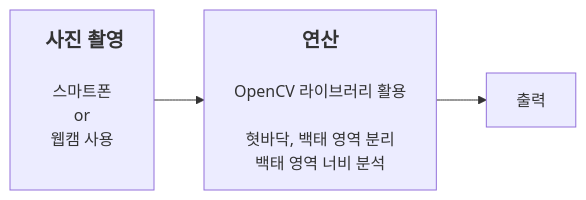
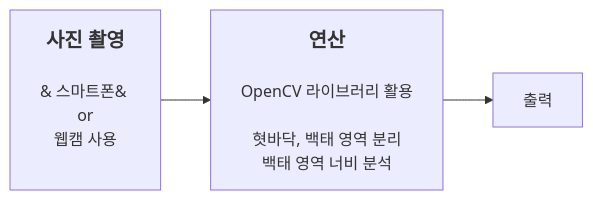
Before and after one commit to 201710808/-p: the diagram in Readme.md, drawn with Mermaid.

````diff
--- a/Readme.md
+++ b/Readme.md
@@ -3,5 +3,5 @@
 ```mermaid
 graph LR
-A[<b><span style='font-size:20px'>&#160;사진 촬영</span></b><br><br>스마트폰\nor\n웹캠 사용<br><br>]-->B[<b><span style='font-size:20px'>연산</span></b><br><br>OpenCV 라이브러리 활용<br><br>혓바닥, 백태 영역 분리<br>백태 영역 너비 분석]
+A[<b><span style='font-size:20px'>사진 촬영</span></b><br><br>&#160;스마트폰&#160;\nor\n웹캠 사용<br><br>]-->B[<b><span style='font-size:20px'>연산</span></b><br><br>OpenCV 라이브러리 활용<br><br>혓바닥, 백태 영역 분리<br>백태 영역 너비 분석]
 B-->C[출력]
 ```
````
